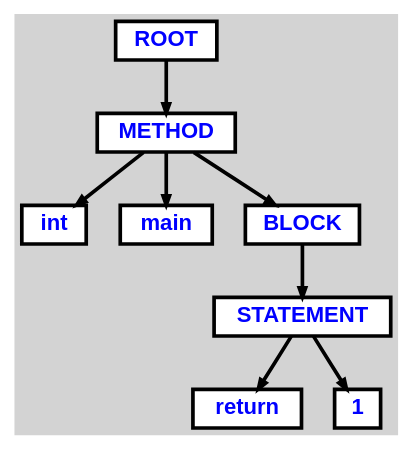
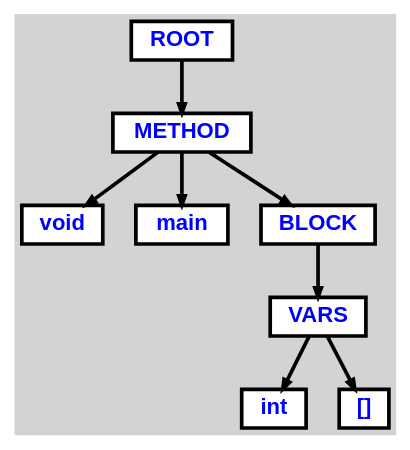
The diagram in filename2.dot (g3org3/Compiler), drawn with Graphviz before and after one commit. The commit also changed 7 other files, not shown here.

```diff
--- a/filename2.dot
+++ b/filename2.dot
@@ -1,29 +1,29 @@
 digraph {
 
 	ordering=out;
 	ranksep=.4;
 	bgcolor="lightgrey"; node [shape=box, fixedsize=false, fontsize=12, fontname="Helvetica-bold", fontcolor="blue"
 		width=.25, height=.25, color="black", fillcolor="white", style="filled, solid, bold"];
 	edge [arrowsize=.5, color="black", style="bold"]
 
   n0 [label="ROOT"];
   n1 [label="METHOD"];
   n1 [label="METHOD"];
-  n2 [label="int"];
+  n2 [label="void"];
   n3 [label="main"];
   n4 [label="BLOCK"];
   n4 [label="BLOCK"];
-  n5 [label="STATEMENT"];
-  n5 [label="STATEMENT"];
-  n6 [label="return"];
-  n7 [label="1"];
+  n5 [label="VARS"];
+  n5 [label="VARS"];
+  n6 [label="int"];
+  n7 [label="[]"];
 
   n0 -> n1 // "ROOT" -> "METHOD"
-  n1 -> n2 // "METHOD" -> "int"
+  n1 -> n2 // "METHOD" -> "void"
   n1 -> n3 // "METHOD" -> "main"
   n1 -> n4 // "METHOD" -> "BLOCK"
-  n4 -> n5 // "BLOCK" -> "STATEMENT"
-  n5 -> n6 // "STATEMENT" -> "return"
-  n5 -> n7 // "STATEMENT" -> "1"
+  n4 -> n5 // "BLOCK" -> "VARS"
+  n5 -> n6 // "VARS" -> "int"
+  n5 -> n7 // "VARS" -> "[]"
 
 }
```
